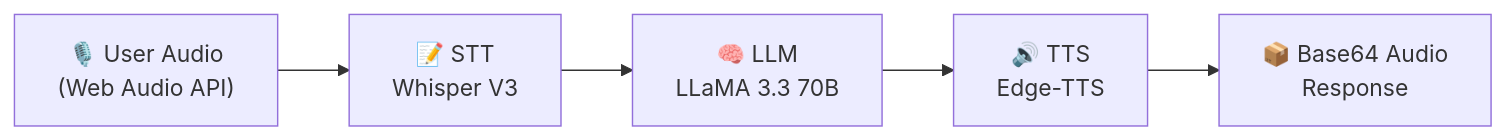
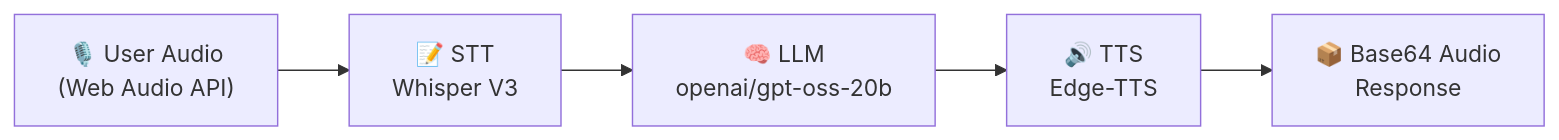
One commit to raphaelmendes-dev/sofiavoice changed the diagram in docs/ARCHITECTURE.md. Above: the diagram before and after it, drawn with Mermaid. The commit also changed other lines of this file and 9 other files, not shown here.

Commit message:
docs(lab): align v2.0 specs to gpt-oss-20b and preserve v1.0 llama baseline

````diff
--- a/docs/ARCHITECTURE.md
+++ b/docs/ARCHITECTURE.md
@@ -29,7 +29,7 @@
 ```mermaid
 flowchart LR
     A["🎙️ User Audio<br/>(Web Audio API)"] --> B["📝 STT<br/>Whisper V3"]
-    B --> C["🧠 LLM<br/>LLaMA 3.3 70B"]
+    B --> C["🧠 LLM<br/>openai/gpt-oss-20b"]
     C --> D["🔊 TTS<br/>Edge-TTS"]
     D --> E["📦 Base64 Audio<br/>Response"]
 ```
````
